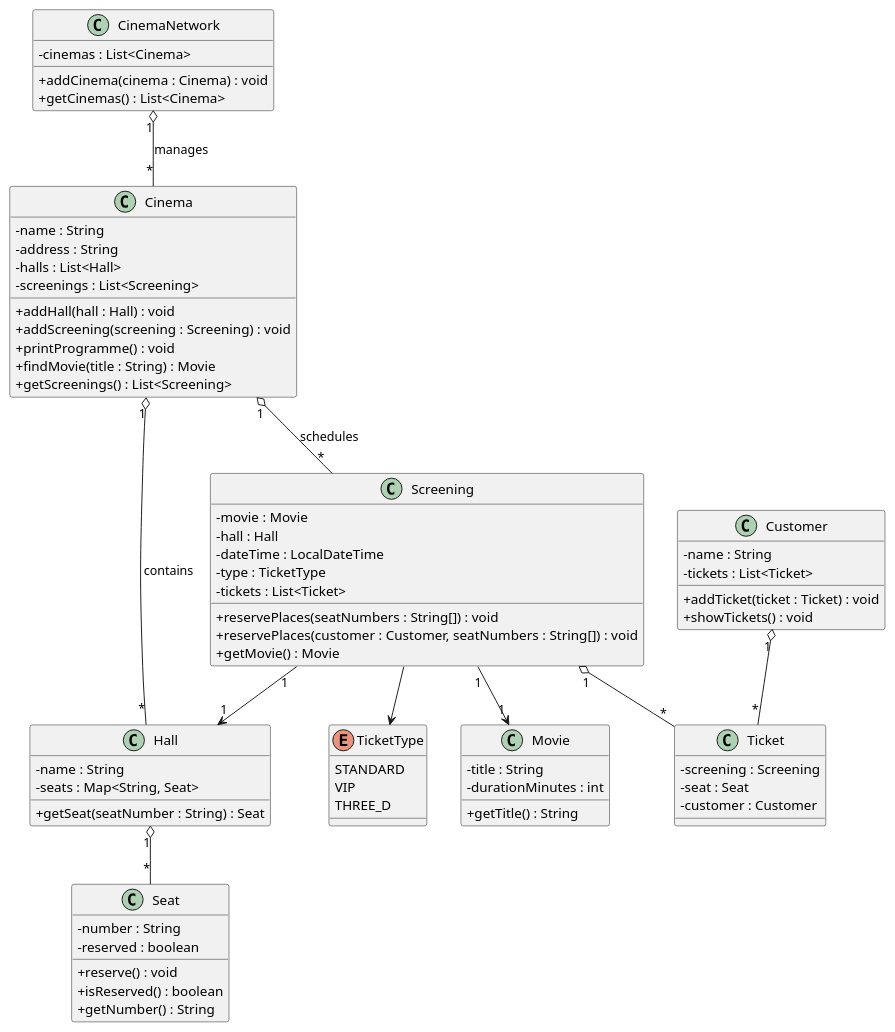
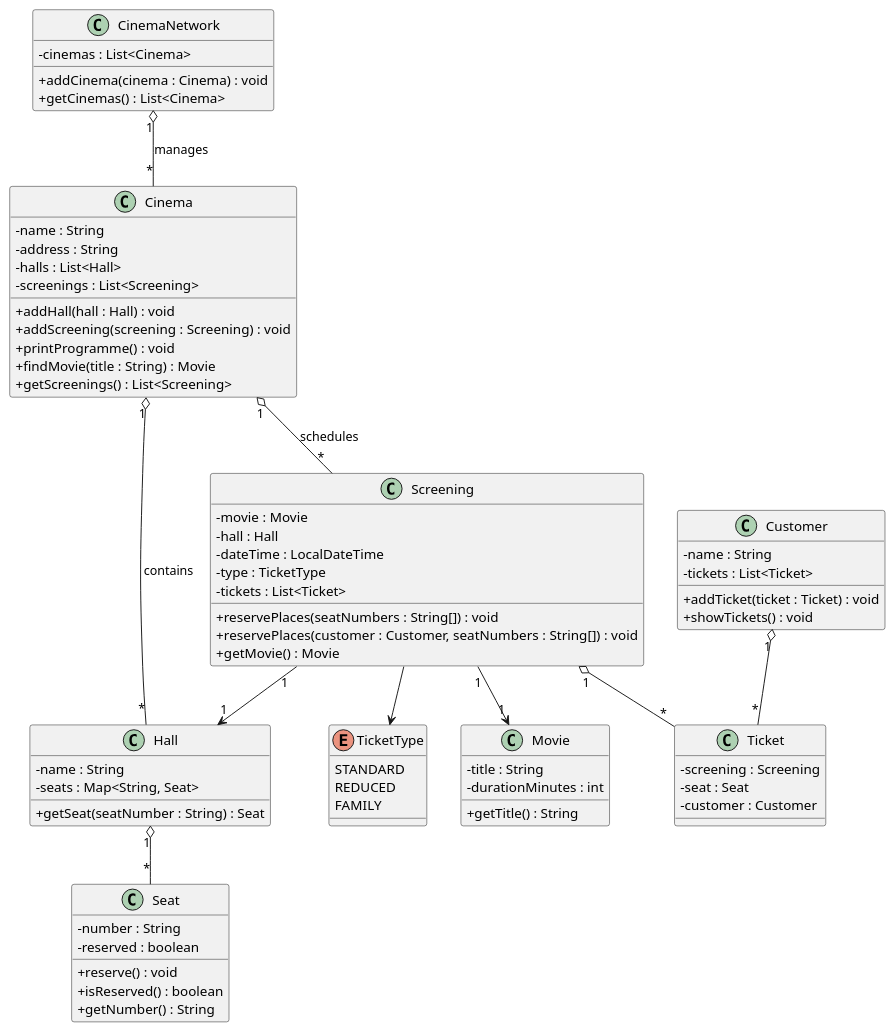
Before and after one commit to gomolkap/Multipleks: the diagram in src/diagram.puml, drawn with PlantUML.

Commit message:
bład w diagramie, urzyłem porpzednich typów biletów wzietych z internetu, zmieniłem je teraz na bardziej "polskie"

```diff
--- a/src/diagram.puml
+++ b/src/diagram.puml
@@ -1,85 +1,85 @@
 @startuml
 skinparam classAttributeIconSize 0
 
 ' ===== ENUM =====
 enum TicketType {
     STANDARD
-    VIP
-    THREE_D
+    REDUCED
+    FAMILY
 }
 
 ' ===== CORE CLASSES =====
 class CinemaNetwork {
     -cinemas : List<Cinema>
     +addCinema(cinema : Cinema) : void
     +getCinemas() : List<Cinema>
 }
 
 class Cinema {
     -name : String
     -address : String
     -halls : List<Hall>
     -screenings : List<Screening>
     +addHall(hall : Hall) : void
     +addScreening(screening : Screening) : void
     +printProgramme() : void
     +findMovie(title : String) : Movie
     +getScreenings() : List<Screening>
 }
 
 class Hall {
     -name : String
     -seats : Map<String, Seat>
     +getSeat(seatNumber : String) : Seat
 }
 
 class Seat {
     -number : String
     -reserved : boolean
     +reserve() : void
     +isReserved() : boolean
     +getNumber() : String
 }
 
 class Movie {
     -title : String
     -durationMinutes : int
     +getTitle() : String
 }
 
 class Screening {
     -movie : Movie
     -hall : Hall
     -dateTime : LocalDateTime
     -type : TicketType
     -tickets : List<Ticket>
     +reservePlaces(seatNumbers : String[]) : void
     +reservePlaces(customer : Customer, seatNumbers : String[]) : void
     +getMovie() : Movie
 }
 
 class Ticket {
     -screening : Screening
     -seat : Seat
     -customer : Customer
 }
 
 class Customer {
     -name : String
     -tickets : List<Ticket>
     +addTicket(ticket : Ticket) : void
     +showTickets() : void
 }
 
 ' ===== RELATIONSHIPS =====
 CinemaNetwork "1" o-- "*" Cinema : manages
 Cinema "1" o-- "*" Hall : contains
 Cinema "1" o-- "*" Screening : schedules
 Screening "1" --> "1" Movie
 Screening "1" --> "1" Hall
 Screening "1" o-- "*" Ticket
 Customer "1" o-- "*" Ticket
 Hall "1" o-- "*" Seat
 Screening --> TicketType
 
 @enduml
```
